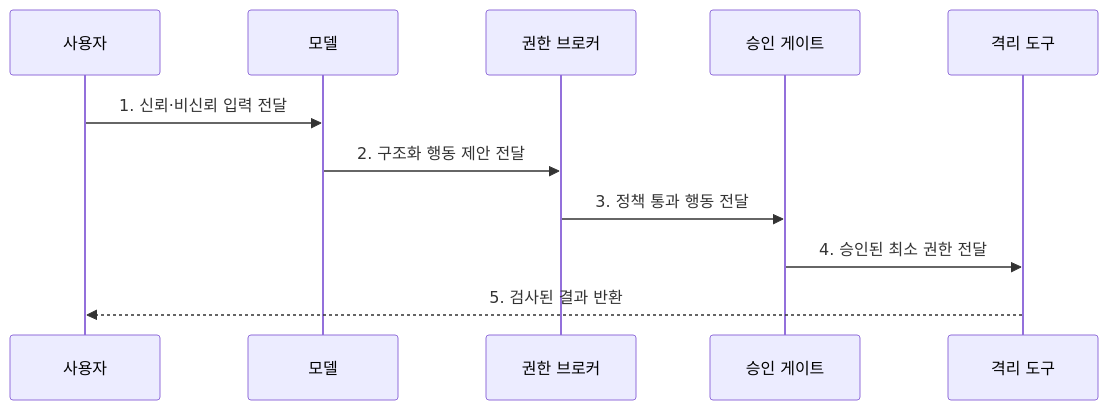
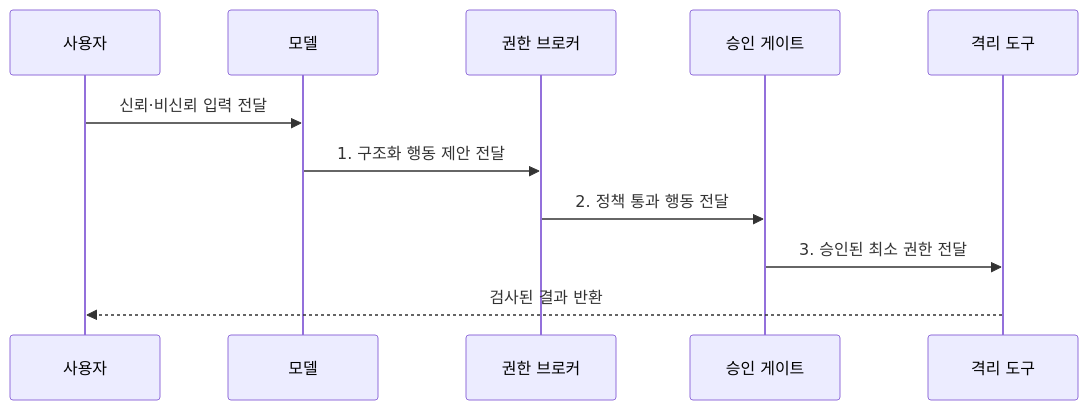
One commit to agnusdei1207/knowledge-base changed the second of 2 diagrams in src/content/docs/notes/08-latest-tech/116_prompt_injection.md. Above: the diagram before and after it, drawn with Mermaid. The commit also changed other lines of this file and 225 other files, not shown here.

````diff
--- a/src/content/docs/notes/08-latest-tech/116_prompt_injection.md
+++ b/src/content/docs/notes/08-latest-tech/116_prompt_injection.md
@@ -75,13 +75,13 @@
 ```mermaid
 sequenceDiagram
     participant U as 사용자
     participant M as 모델
     participant B as 권한 브로커
     participant G as 승인 게이트
     participant T as 격리 도구
-    U->>M: 1. 신뢰·비신뢰 입력 전달
-    M->>B: 2. 구조화 행동 제안 전달
-    B->>G: 3. 정책 통과 행동 전달
-    G->>T: 4. 승인된 최소 권한 전달
-    T-->>U: 5. 검사된 결과 반환
+    U->>M: 신뢰·비신뢰 입력 전달
+    M->>B: 1. 구조화 행동 제안 전달
+    B->>G: 2. 정책 통과 행동 전달
+    G->>T: 3. 승인된 최소 권한 전달
+    T-->>U: 검사된 결과 반환
 ```
````
